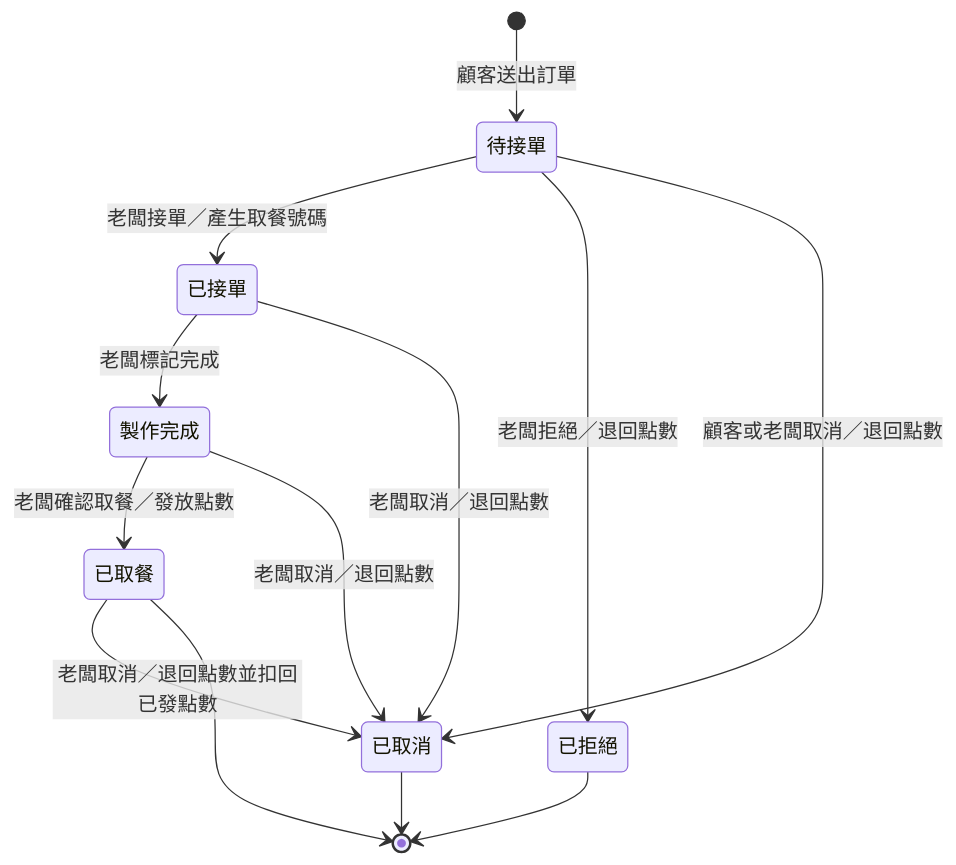
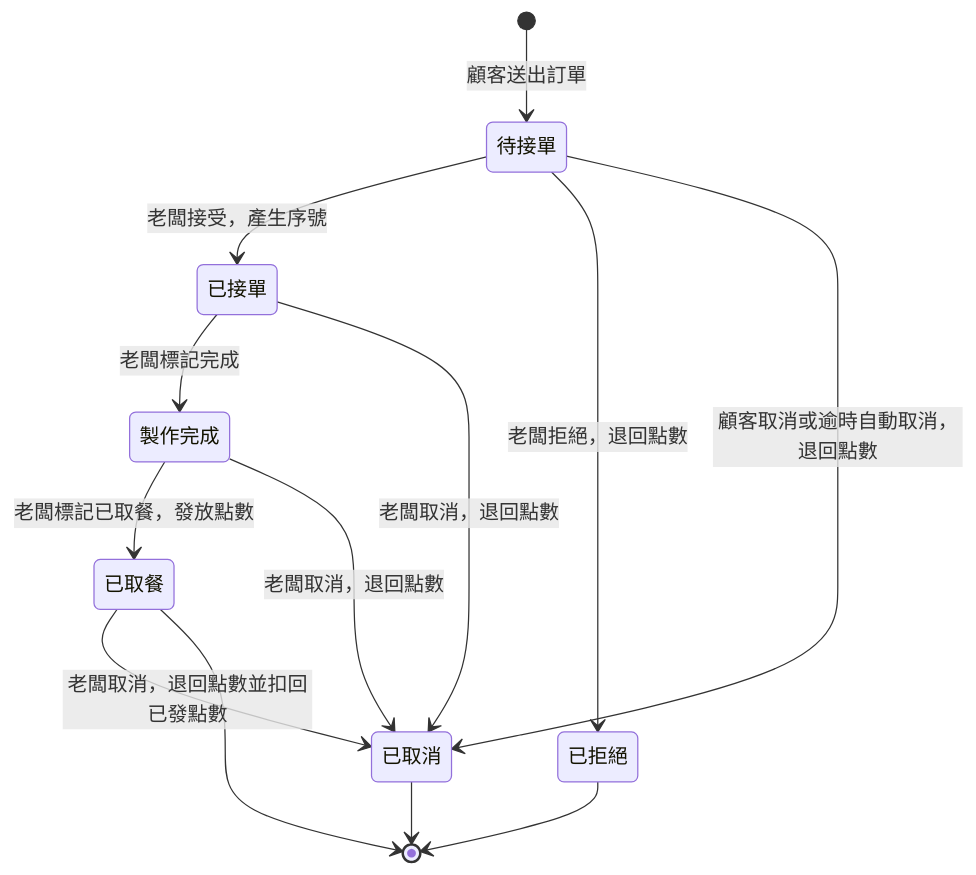
The fourth of 7 diagrams in docs/SDD.md (AlvinHii/breakfast-ordering-system), drawn with Mermaid before and after one commit. The commit also changed other lines of this file, not shown here.

````diff
--- a/docs/SDD.md
+++ b/docs/SDD.md
@@ -184,15 +213,15 @@
 ```mermaid
 stateDiagram-v2
   [*] --> 待接單 : 顧客送出訂單
-  待接單 --> 已接單 : 老闆接單／產生取餐號碼
-  待接單 --> 已拒絕 : 老闆拒絕／退回點數
-  待接單 --> 已取消 : 顧客或老闆取消／退回點數
+  待接單 --> 已接單 : 老闆接受，產生序號
+  待接單 --> 已拒絕 : 老闆拒絕，退回點數
+  待接單 --> 已取消 : 顧客取消或逾時自動取消，退回點數
   已接單 --> 製作完成 : 老闆標記完成
-  已接單 --> 已取消 : 老闆取消／退回點數
-  製作完成 --> 已取餐 : 老闆確認取餐／發放點數
-  製作完成 --> 已取消 : 老闆取消／退回點數
-  已取餐 --> 已取消 : 老闆取消／退回點數並扣回已發點數
+  已接單 --> 已取消 : 老闆取消，退回點數
+  製作完成 --> 已取餐 : 老闆標記已取餐，發放點數
+  製作完成 --> 已取消 : 老闆取消，退回點數
+  已取餐 --> 已取消 : 老闆取消，退回點數並扣回已發點數
   已取餐 --> [*]
   已拒絕 --> [*]
   已取消 --> [*]
 ```
````
